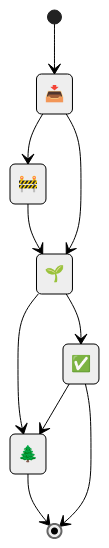
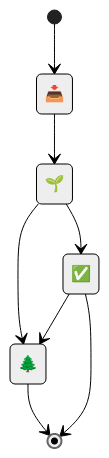
The diagram in src/site/notes/_meta/docs/tag explanation.md (graysonarts/digital-garden), drawn with Mermaid (neutral theme) before and after one commit. The commit also changed other lines of this file and 11 other files, not shown here.

````diff
--- a/src/site/notes/_meta/docs/tag explanation.md
+++ b/src/site/notes/_meta/docs/tag explanation.md
@@ -13,13 +12,11 @@
 ```mermaid
 stateDiagram-v2
 
 	[*] --> 📥
-	 📥 --> 🚧
 	 📥 --> 🌱
-	 🚧 --> 🌱
 	 🌱 --> 🌲
 	 ✅ --> 🌲
 	 🌱 --> ✅
 	 ✅ --> [*]
 	 🌲 --> [*]
 ```
````
